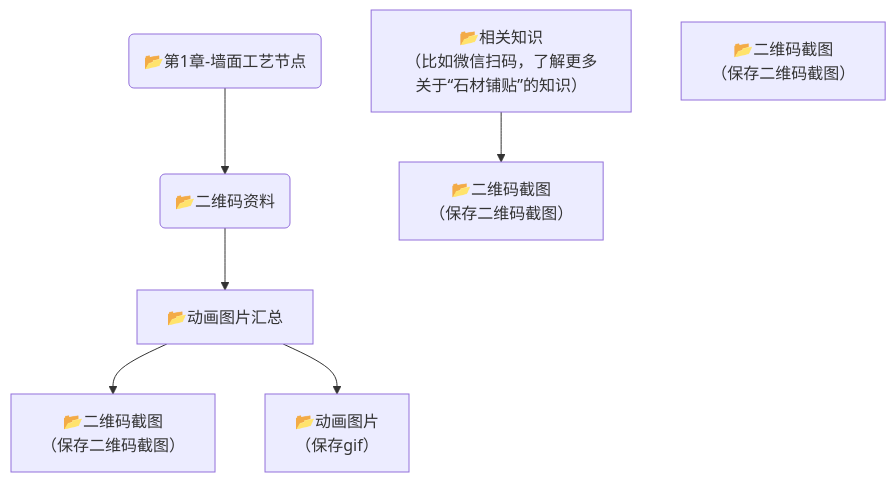
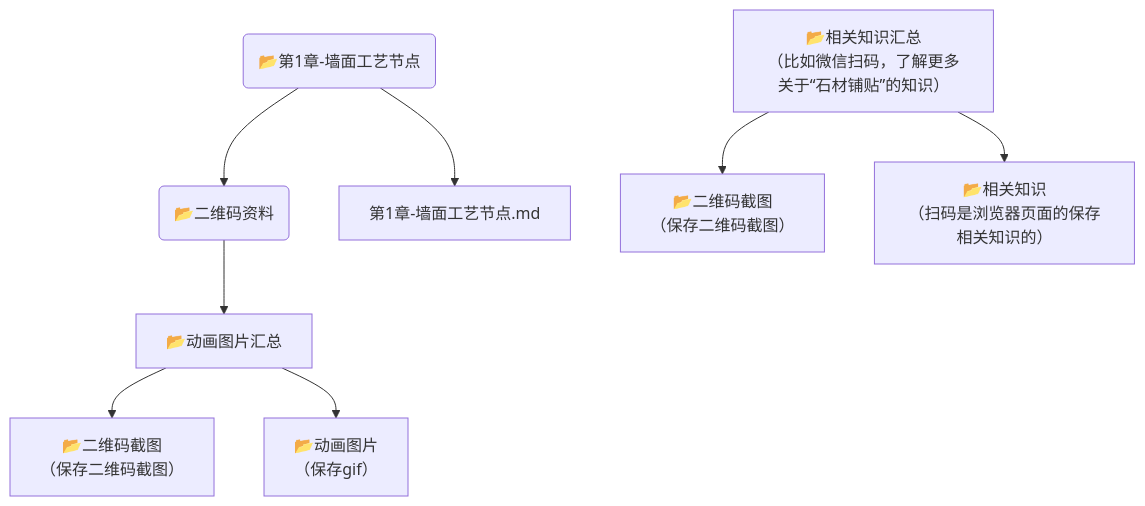
Before and after one commit to fireflysss/mermaid-notes: the diagram in mmd/未命名_26e86789-b5ae-49c7-b436-d7c75191fbae.mmd, drawn with Mermaid. The commit also changed 3 other files, not shown here.

Commit message:
Sync Mermaid Studio data (15 diagrams)

```diff
--- a/mmd/未命名_26e86789-b5ae-49c7-b436-d7c75191fbae.mmd
+++ b/mmd/未命名_26e86789-b5ae-49c7-b436-d7c75191fbae.mmd
@@ -1,14 +1,17 @@
 flowchart TD
   n_0("📂第1章-墙面工艺节点")
   n_1("📂二维码资料")
   n_2["📂二维码截图<br/>（保存二维码截图）"]
   n_3["📂动画图片汇总"]
   n_4["📂动画图片 <br/>（保存gif）"]
-  n_5["📂相关知识<br/>（比如微信扫码，了解更多关于“石材铺贴”的知识）"]
+  n_5["📂相关知识汇总<br/>（比如微信扫码，了解更多关于“石材铺贴”的知识）"]
   n_6["📂二维码截图<br/>（保存二维码截图）"]
-  n_7["📂二维码截图<br/>（保存二维码截图）"]
+  n_7["📂相关知识<br/>（扫码是浏览器页面的保存相关知识的）"]
+  n_8["第1章-墙面工艺节点.md"]
   n_0 --> n_1
   n_1 --> n_3
   n_3 --> n_2
   n_3 --> n_4
   n_5 --> n_6
+  n_5 --> n_7
+  n_0 --> n_8
```
